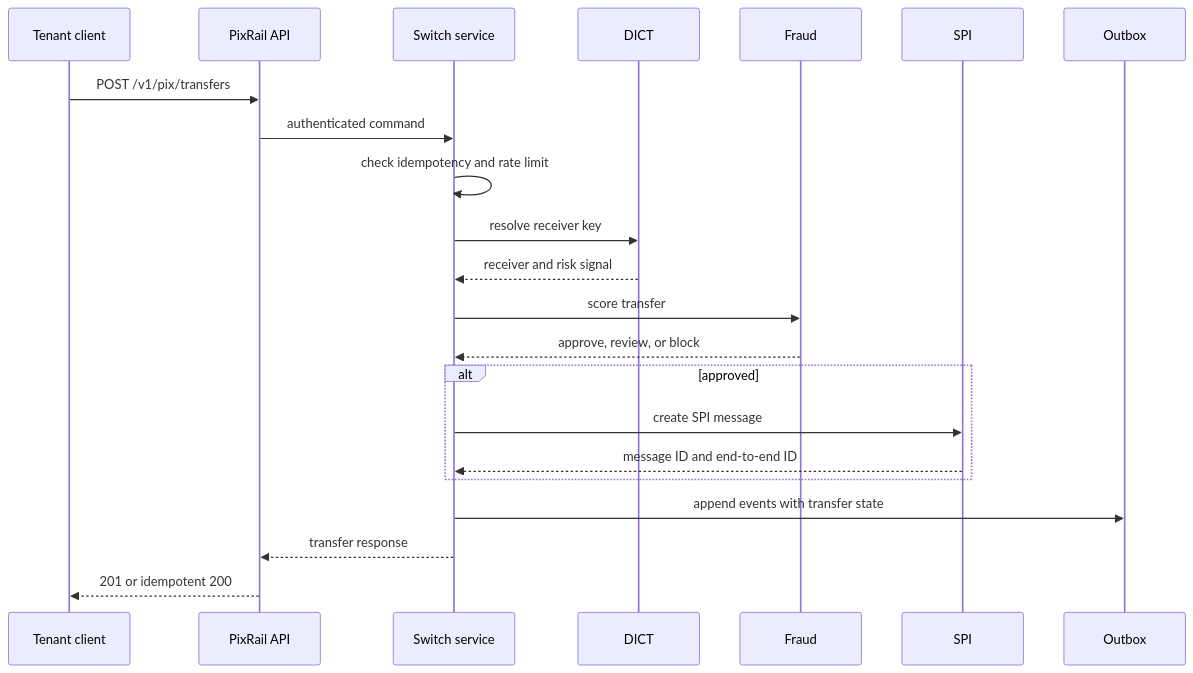
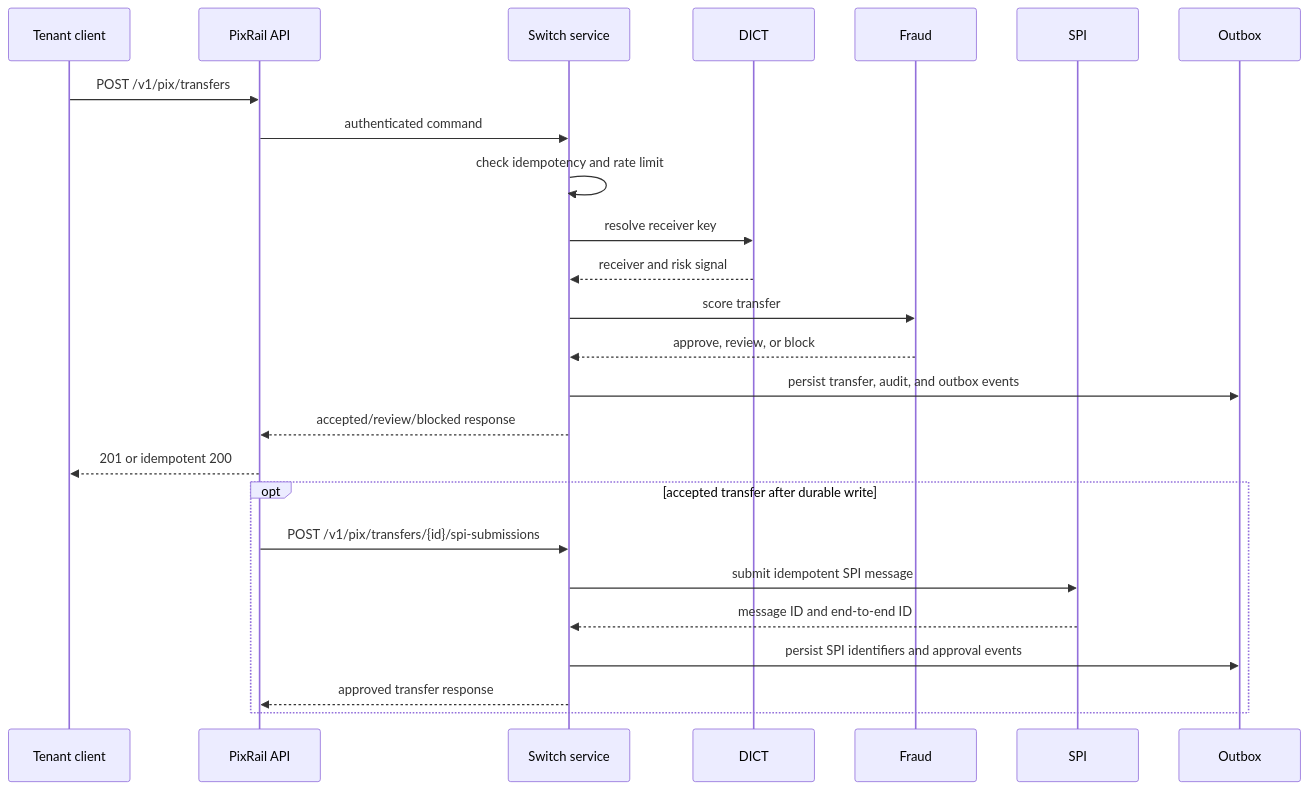
Before and after one commit to Defyland/pixrail-go-payment-switch: the diagram in docs/diagrams/transfer-sequence.md, drawn with Mermaid. The commit also changed 39 other files, not shown here.

````diff
--- a/docs/diagrams/transfer-sequence.md
+++ b/docs/diagrams/transfer-sequence.md
@@ -3,25 +3,28 @@
 ```mermaid
 sequenceDiagram
   participant C as Tenant client
   participant A as PixRail API
   participant S as Switch service
   participant D as DICT
   participant F as Fraud
   participant P as SPI
   participant O as Outbox
 
   C->>A: POST /v1/pix/transfers
   A->>S: authenticated command
   S->>S: check idempotency and rate limit
   S->>D: resolve receiver key
   D-->>S: receiver and risk signal
   S->>F: score transfer
   F-->>S: approve, review, or block
-  alt approved
-    S->>P: create SPI message
+  S->>O: persist transfer, audit, and outbox events
+  S-->>A: accepted/review/blocked response
+  A-->>C: 201 or idempotent 200
+  opt accepted transfer after durable write
+    A->>S: POST /v1/pix/transfers/{id}/spi-submissions
+    S->>P: submit idempotent SPI message
     P-->>S: message ID and end-to-end ID
+    S->>O: persist SPI identifiers and approval events
+    S-->>A: approved transfer response
   end
-  S->>O: append events with transfer state
-  S-->>A: transfer response
-  A-->>C: 201 or idempotent 200
 ```
````
